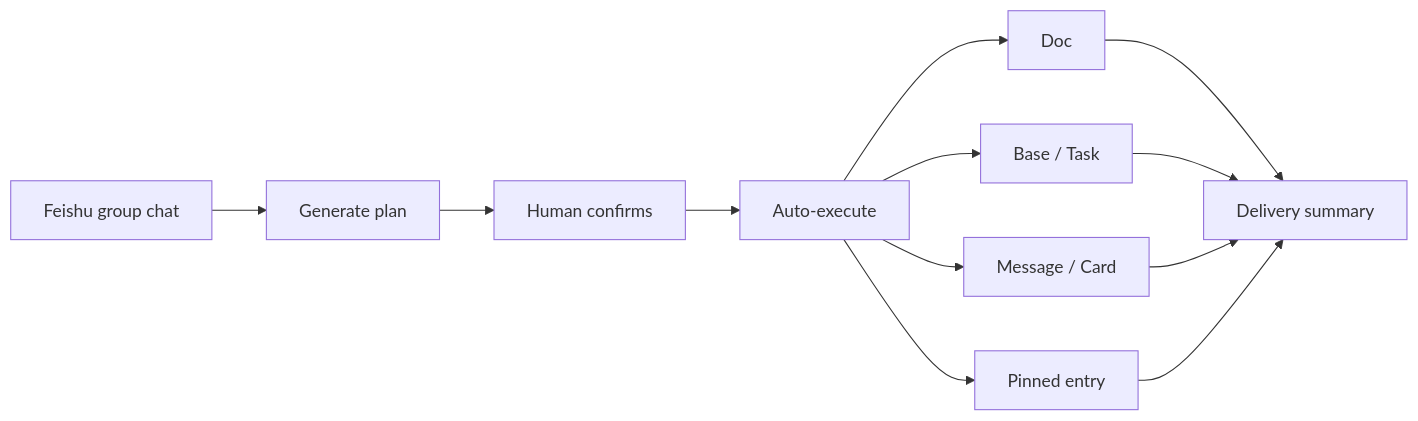
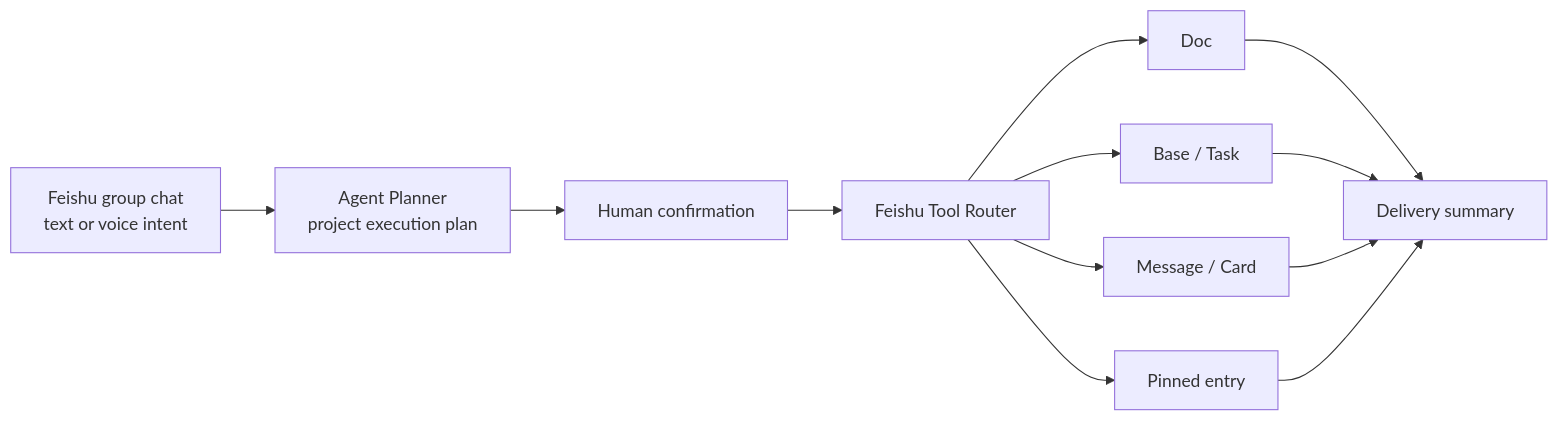
Before and after one commit to DeliciousBuding/pilot-flow: the first of 2 diagrams in README_EN.md, drawn with Mermaid. The commit also changed other lines of this file and 1 other file, not shown here.

First line of the commit message:
docs: restore product tone in README while keeping diagram fix

````diff
--- a/README_EN.md
+++ b/README_EN.md
@@ -49,14 +59,14 @@
 ```mermaid
 flowchart LR
-    A["Feishu group chat"] --> B["Generate plan"]
-    B --> C["Human confirms"]
-    C --> D["Auto-execute"]
+    A["Feishu group chat<br/>text or voice intent"] --> B["Agent Planner<br/>project execution plan"]
+    B --> C["Human confirmation"]
+    C --> D["Feishu Tool Router"]
     D --> E["Doc"]
     D --> F["Base / Task"]
     D --> G["Message / Card"]
     D --> H["Pinned entry"]
     E --> I["Delivery summary"]
     F --> I
     G --> I
     H --> I
 ```
````
